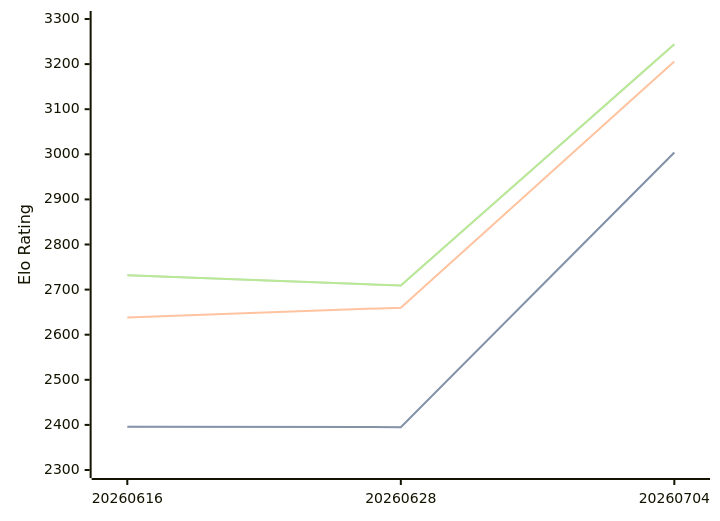
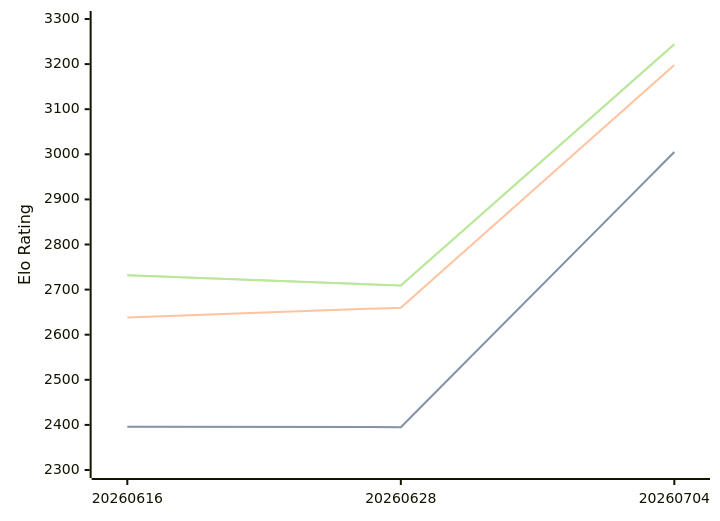
The first of 3 diagrams in engines/Askaig.md (computer-chess-index/cci), drawn with Mermaid before and after one commit. The commit also changed other lines of this file, not shown here.

````diff
--- a/engines/Askaig.md
+++ b/engines/Askaig.md
@@ -35,11 +35,11 @@
 ```mermaid
 %%{init: {"theme":"base","themeVariables":{"seriesColors:['#a3a3a3','#222221','#faa371']}}}%%
 xychart-beta
   x-axis ["20260616", "20260628", "20260704"]
   y-axis "Elo Rating" 2300 --> 3300
-  line "STC (8.0+0.08s)" [2396, 2395, 3004]
-  line "STC (8.0+0.08s)" [2396, 2395, 3004]
-  line "LTC (60.0+0.60s)" [2638, 2660, 3206]
+  line "STC (8.0+0.08s)" [2396, 2395, 3005]
+  line "STC (8.0+0.08s)" [2396, 2395, 3005]
+  line "LTC (60.0+0.60s)" [2638, 2660, 3198]
   line "VLTC (2m24s+1.12s)" [2732, 2709, 3244]
   line "VLTC (2m24s+1.12s)" [2732, 2709, 3244]
 ```
````
